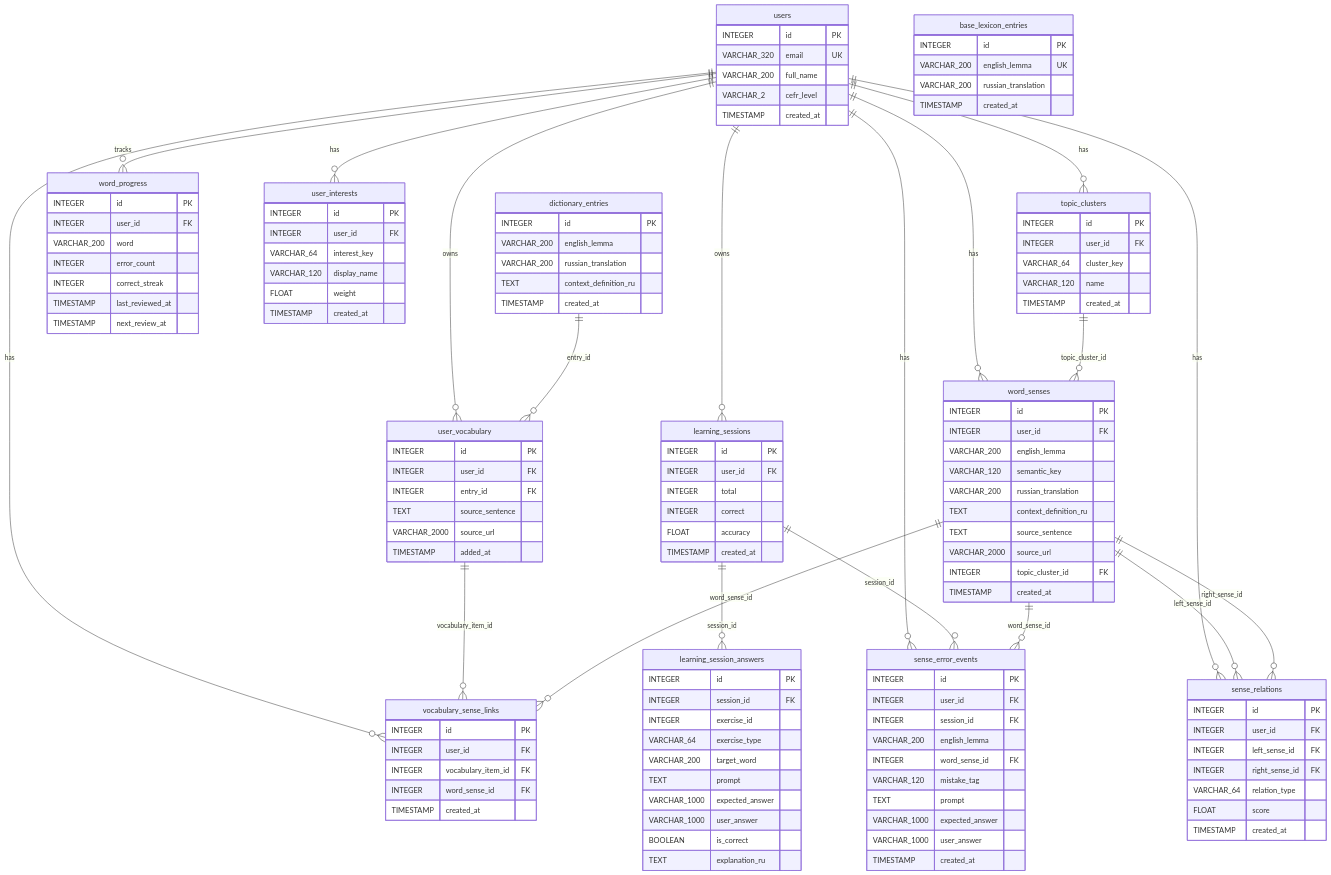
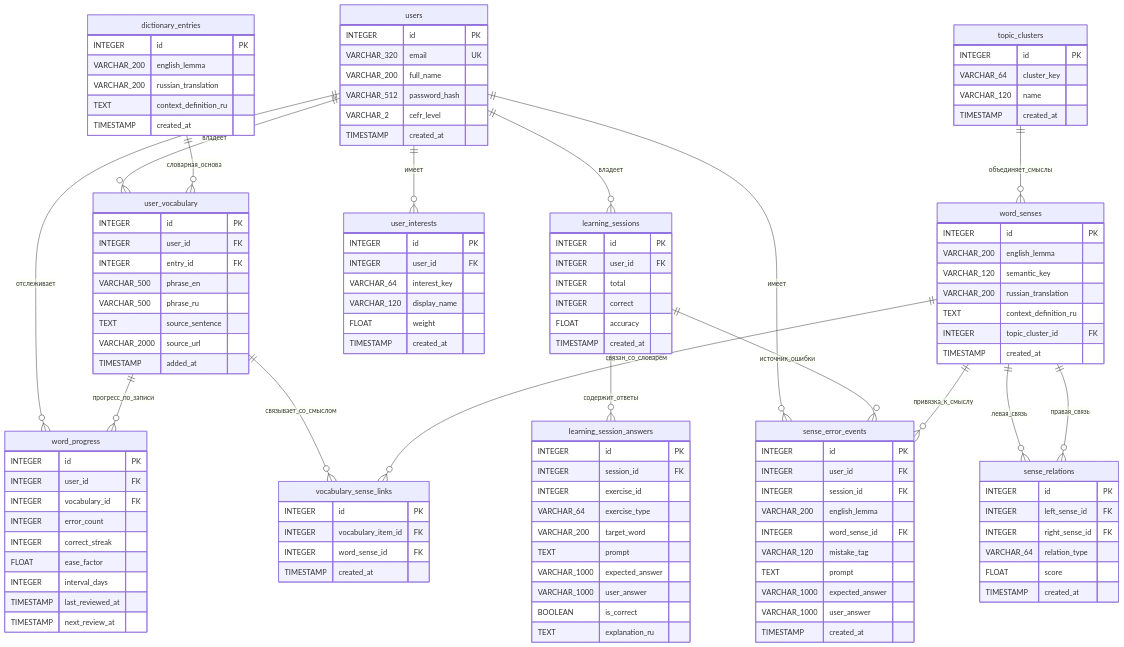
Before and after one commit to Alena172/VKR_MIREA: the diagram in docs/database_schema.md, drawn with Mermaid. The commit also changed other lines of this file and 21 other files, not shown here.

Commit message:
feat: denormalize shared schema by removing user-specific fields and consolidating vocabulary and sense models; update foreign key constraints and related logic for improved data integrity and consistency

````diff
--- a/docs/database_schema.md
+++ b/docs/database_schema.md
@@ -119,14 +122,8 @@
         INTEGER id PK
         VARCHAR_320 email UK
         VARCHAR_200 full_name
+        VARCHAR_512 password_hash
         VARCHAR_2 cefr_level
-        TIMESTAMP created_at
-    }
-
-    base_lexicon_entries {
-        INTEGER id PK
-        VARCHAR_200 english_lemma UK
-        VARCHAR_200 russian_translation
         TIMESTAMP created_at
     }
 
@@ -142,6 +139,8 @@
         INTEGER id PK
         INTEGER user_id FK
         INTEGER entry_id FK
+        VARCHAR_500 phrase_en
+        VARCHAR_500 phrase_ru
         TEXT source_sentence
         VARCHAR_2000 source_url
         TIMESTAMP added_at
@@ -150,9 +149,11 @@
     word_progress {
         INTEGER id PK
         INTEGER user_id FK
-        VARCHAR_200 word
+        INTEGER vocabulary_id FK
         INTEGER error_count
         INTEGER correct_streak
+        FLOAT ease_factor
+        INTEGER interval_days
         TIMESTAMP last_reviewed_at
         TIMESTAMP next_review_at
     }
@@ -190,7 +191,6 @@
 
     topic_clusters {
         INTEGER id PK
-        INTEGER user_id FK
         VARCHAR_64 cluster_key
         VARCHAR_120 name
         TIMESTAMP created_at
@@ -198,20 +198,16 @@
 
     word_senses {
         INTEGER id PK
-        INTEGER user_id FK
         VARCHAR_200 english_lemma
         VARCHAR_120 semantic_key
         VARCHAR_200 russian_translation
         TEXT context_definition_ru
-        TEXT source_sentence
-        VARCHAR_2000 source_url
         INTEGER topic_cluster_id FK
         TIMESTAMP created_at
     }
 
     vocabulary_sense_links {
         INTEGER id PK
-        INTEGER user_id FK
         INTEGER vocabulary_item_id FK
         INTEGER word_sense_id FK
         TIMESTAMP created_at
@@ -219,7 +215,6 @@
 
     sense_relations {
         INTEGER id PK
-        INTEGER user_id FK
         INTEGER left_sense_id FK
         INTEGER right_sense_id FK
         VARCHAR_64 relation_type
@@ -240,23 +235,20 @@
         TIMESTAMP created_at
     }
 
-    users ||--o{ user_vocabulary : owns
-    users ||--o{ word_progress : tracks
-    users ||--o{ learning_sessions : owns
-    users ||--o{ user_interests : has
-    users ||--o{ topic_clusters : has
-    users ||--o{ word_senses : has
-    users ||--o{ vocabulary_sense_links : has
-    users ||--o{ sense_relations : has
-    users ||--o{ sense_error_events : has
+    users ||--o{ user_vocabulary : владеет
+    users ||--o{ word_progress : отслеживает
+    users ||--o{ learning_sessions : владеет
+    users ||--o{ user_interests : имеет
+    users ||--o{ sense_error_events : имеет
 
-    dictionary_entries ||--o{ user_vocabulary : entry_id
-    learning_sessions ||--o{ learning_session_answers : session_id
-    topic_clusters ||--o{ word_senses : topic_cluster_id
-    user_vocabulary ||--o{ vocabulary_sense_links : vocabulary_item_id
-    word_senses ||--o{ vocabulary_sense_links : word_sense_id
-    word_senses ||--o{ sense_relations : left_sense_id
-    word_senses ||--o{ sense_relations : right_sense_id
-    learning_sessions ||--o{ sense_error_events : session_id
-    word_senses ||--o{ sense_error_events : word_sense_id
+    dictionary_entries ||--o{ user_vocabulary : словарная_основа
+    user_vocabulary ||--o{ word_progress : прогресс_по_записи
+    learning_sessions ||--o{ learning_session_answers : содержит_ответы
+    topic_clusters ||--o{ word_senses : объединяет_смыслы
+    user_vocabulary ||--o{ vocabulary_sense_links : связывает_со_смыслом
+    word_senses ||--o{ vocabulary_sense_links : связан_со_словарем
+    word_senses ||--o{ sense_relations : левая_связь
+    word_senses ||--o{ sense_relations : правая_связь
+    learning_sessions ||--o{ sense_error_events : источник_ошибки
+    word_senses ||--o{ sense_error_events : привязка_к_смыслу
 ```
````
